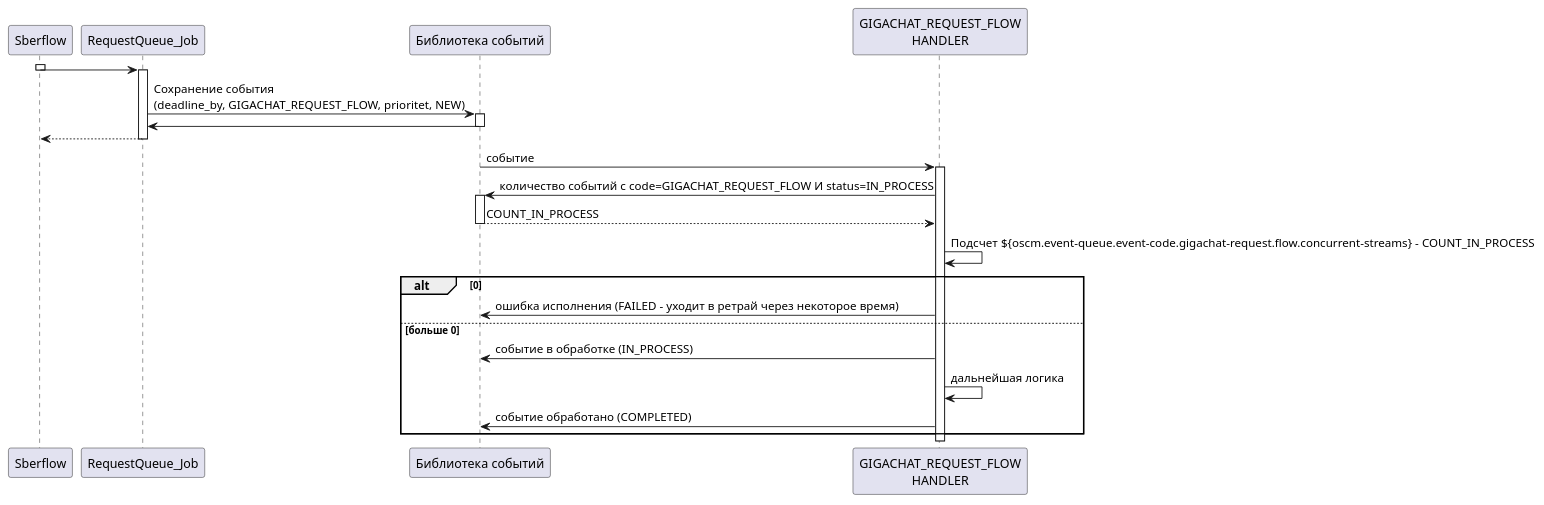
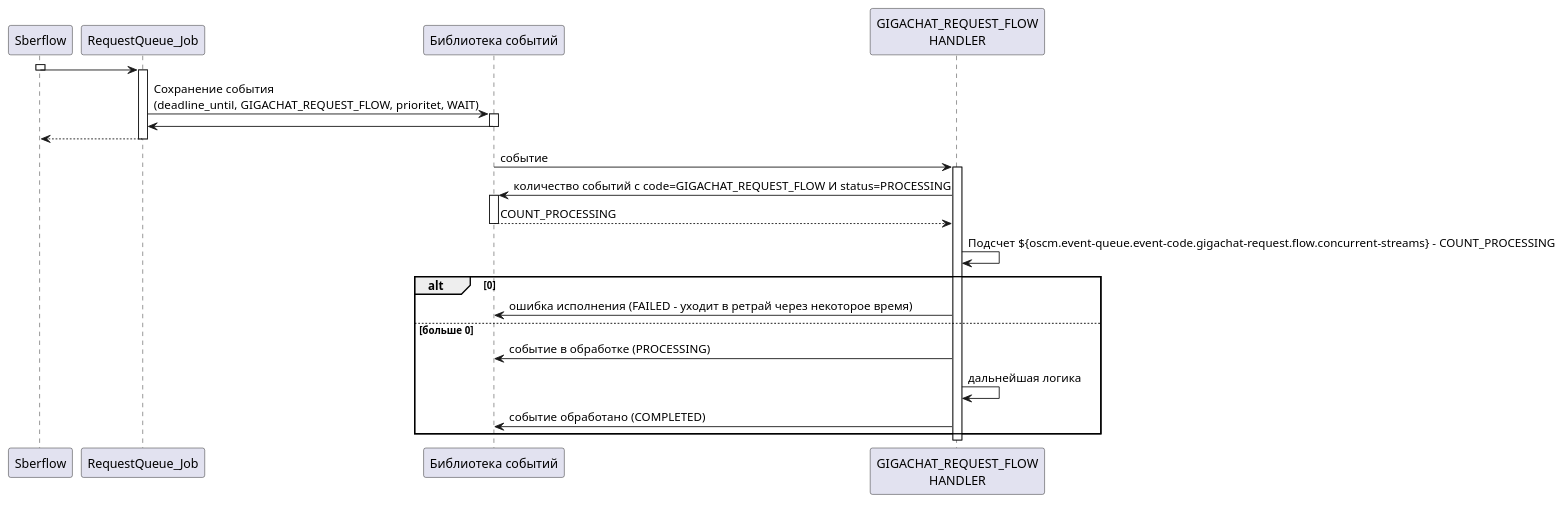
Before and after one commit to laym0n/eventhandling: the diagram in process_idr.plantuml, drawn with PlantUML. The commit also changed 10 other files, not shown here.

```diff
--- a/process_idr.plantuml
+++ b/process_idr.plantuml
@@ -1,39 +1,41 @@
 @startuml one_instance_processing_eager_cleanup
 
 participant Sberflow
 participant RequestQueue_Job
 participant event_library as "Библиотека событий"
 participant handler as "GIGACHAT_REQUEST_FLOW\nHANDLER"
 
 activate Sberflow
 Sberflow -> RequestQueue_Job
 deactivate Sberflow
 activate RequestQueue_Job
 
-RequestQueue_Job -> event_library : Сохранение события\n(deadline_by, GIGACHAT_REQUEST_FLOW, prioritet, NEW)
+RequestQueue_Job -> event_library : Сохранение события\n(deadline_until, GIGACHAT_REQUEST_FLOW, prioritet, WAIT)
 activate event_library
 event_library -> RequestQueue_Job
 deactivate event_library
 
 RequestQueue_Job --> Sberflow
 deactivate RequestQueue_Job
 event_library -> handler : событие
 
 activate handler
-handler -> event_library : количество событий с code=GIGACHAT_REQUEST_FLOW И status=IN_PROCESS
+handler -> event_library : количество событий с code=GIGACHAT_REQUEST_FLOW И status=PROCESSING
 activate event_library
-event_library --> handler : COUNT_IN_PROCESS
+event_library --> handler : COUNT_PROCESSING
 deactivate event_library
 
-handler -> handler : Подсчет ${oscm.event-queue.event-code.gigachat-request.flow.concurrent-streams} - COUNT_IN_PROCESS
+handler -> handler : Подсчет ${oscm.event-queue.event-code.gigachat-request.flow.concurrent-streams} - COUNT_PROCESSING
 
 alt 0
     handler -> event_library : ошибка исполнения (FAILED - уходит в ретрай через некоторое время) 
 else больше 0
-    handler -> event_library : событие в обработке (IN_PROCESS) 
+    handler -> event_library : событие в обработке (PROCESSING) 
     handler -> handler : дальнейшая логика 
     handler -> event_library : событие обработано (COMPLETED)
 end
 
+deactivate handler
+
 
 @enduml
```
